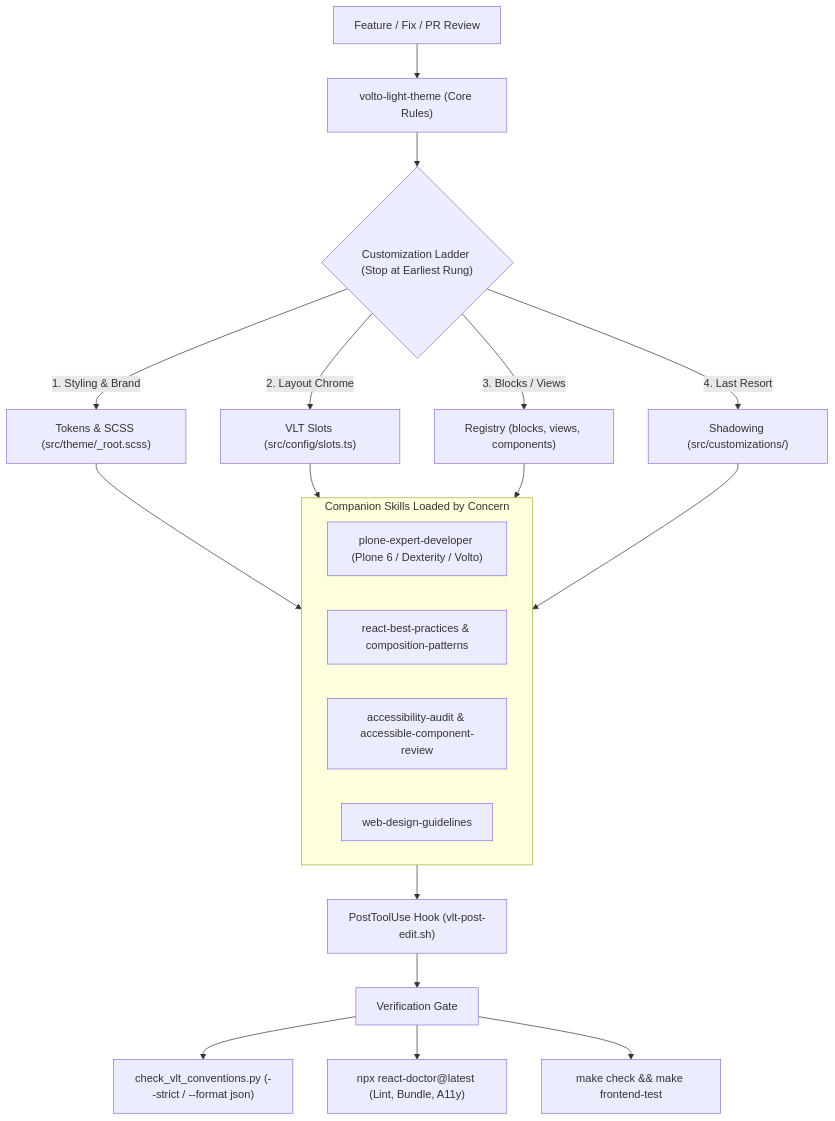
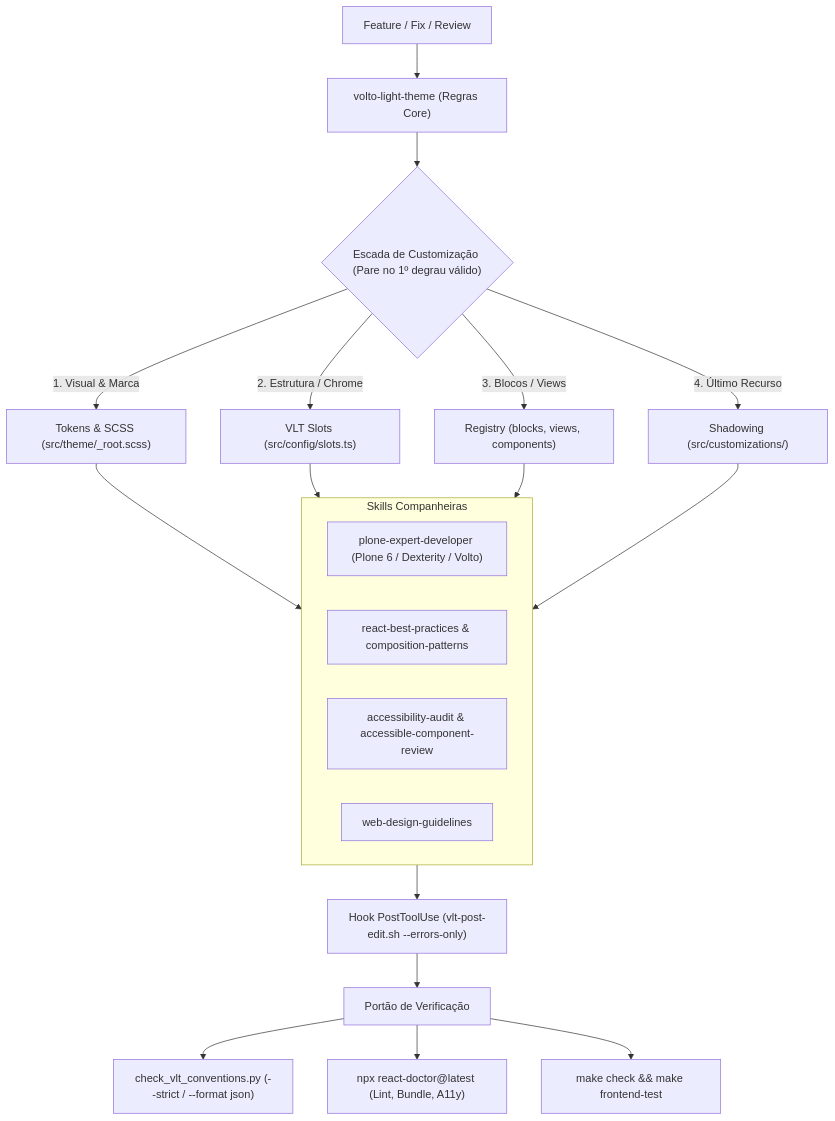
The diagram in README.md (Rodriguesmath/volto-light-theme-skills), drawn with Mermaid before and after one commit. The commit also changed other lines of this file, not shown here.

````diff
--- a/README.md
+++ b/README.md
@@ -11,25 +130,25 @@
 ```mermaid
 flowchart TD
-    Task["Feature / Fix / PR Review"] --> Core["volto-light-theme (Core Rules)"]
+    Task["Feature / Fix / Review"] --> Core["volto-light-theme (Regras Core)"]
 
-    Core --> Ladder{"Customization Ladder (Stop at Earliest Rung)"}
-    Ladder -->|"1. Styling & Brand"| R1["Tokens & SCSS (src/theme/_root.scss)"]
-    Ladder -->|"2. Layout Chrome"| R2["VLT Slots (src/config/slots.ts)"]
-    Ladder -->|"3. Blocks / Views"| R3["Registry (blocks, views, components)"]
-    Ladder -->|"4. Last Resort"| R4["Shadowing (src/customizations/)"]
+    Core --> Ladder{"Escada de Customização (Pare no 1º degrau válido)"}
+    Ladder -->|"1. Visual & Marca"| R1["Tokens & SCSS (src/theme/_root.scss)"]
+    Ladder -->|"2. Estrutura / Chrome"| R2["VLT Slots (src/config/slots.ts)"]
+    Ladder -->|"3. Blocos / Views"| R3["Registry (blocks, views, components)"]
+    Ladder -->|"4. Último Recurso"| R4["Shadowing (src/customizations/)"]
 
-    subgraph Stack["Companion Skills Loaded by Concern"]
+    subgraph Stack["Skills Companheiras"]
         Plone["plone-expert-developer (Plone 6 / Dexterity / Volto)"]
         React["react-best-practices & composition-patterns"]
         A11y["accessibility-audit & accessible-component-review"]
         UX["web-design-guidelines"]
     end
 
     R1 & R2 & R3 & R4 --> Stack
-    Stack --> Hook["PostToolUse Hook (vlt-post-edit.sh)"]
-    Hook --> Verify["Verification Gate"]
+    Stack --> Hook["Hook PostToolUse (vlt-post-edit.sh --errors-only)"]
+    Hook --> Verify["Portão de Verificação"]
 
     Verify --> V1["check_vlt_conventions.py (--strict / --format json)"]
     Verify --> V2["npx react-doctor@latest (Lint, Bundle, A11y)"]
     Verify --> V3["make check && make frontend-test"]
 ```
````
